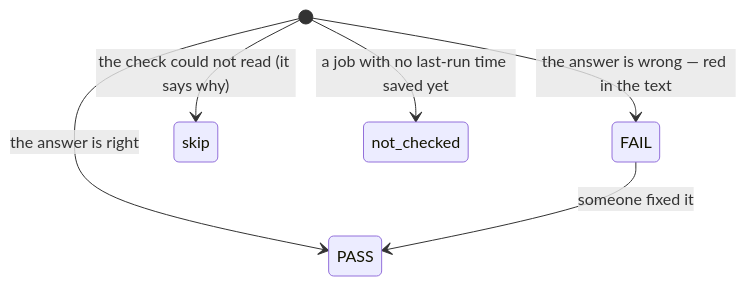
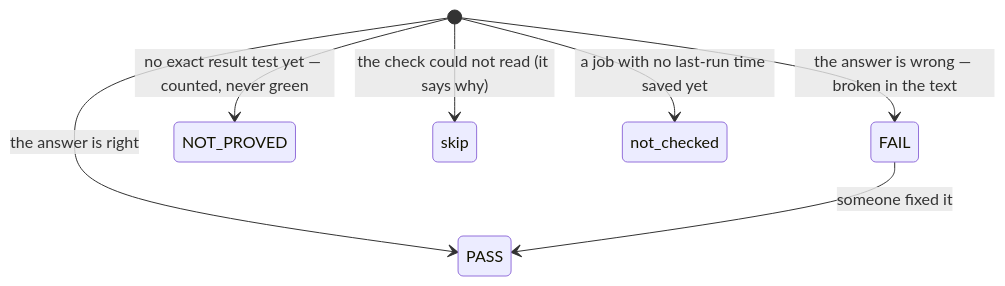
The fifth of 5 diagrams in docs/journeys/heartbeat-flow.md (ZootimusMaximusSupreme/fundhub-platform), drawn with Mermaid before and after one commit. The commit also changed other lines of this file and 17 other files, not shown here.

````diff
--- a/docs/journeys/heartbeat-flow.md
+++ b/docs/journeys/heartbeat-flow.md
@@ -187,8 +187,9 @@
 ```mermaid
 stateDiagram-v2
     [*] --> PASS: the answer is right
-    [*] --> FAIL: the answer is wrong — red in the text
+    [*] --> FAIL: the answer is wrong — broken in the text
+    [*] --> NOT_PROVED: no exact result test yet — counted, never green
     [*] --> skip: the check could not read (it says why)
     [*] --> not_checked: a job with no last-run time saved yet
     FAIL --> PASS: someone fixed it
 ```
````
